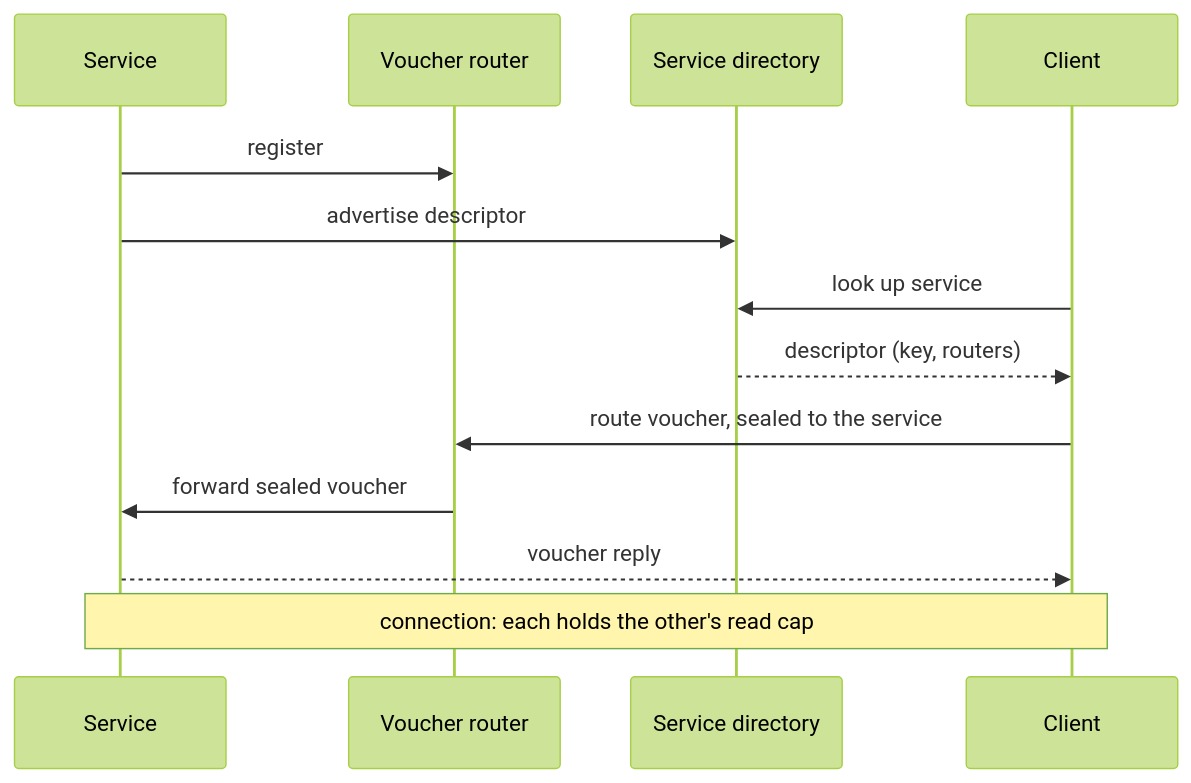
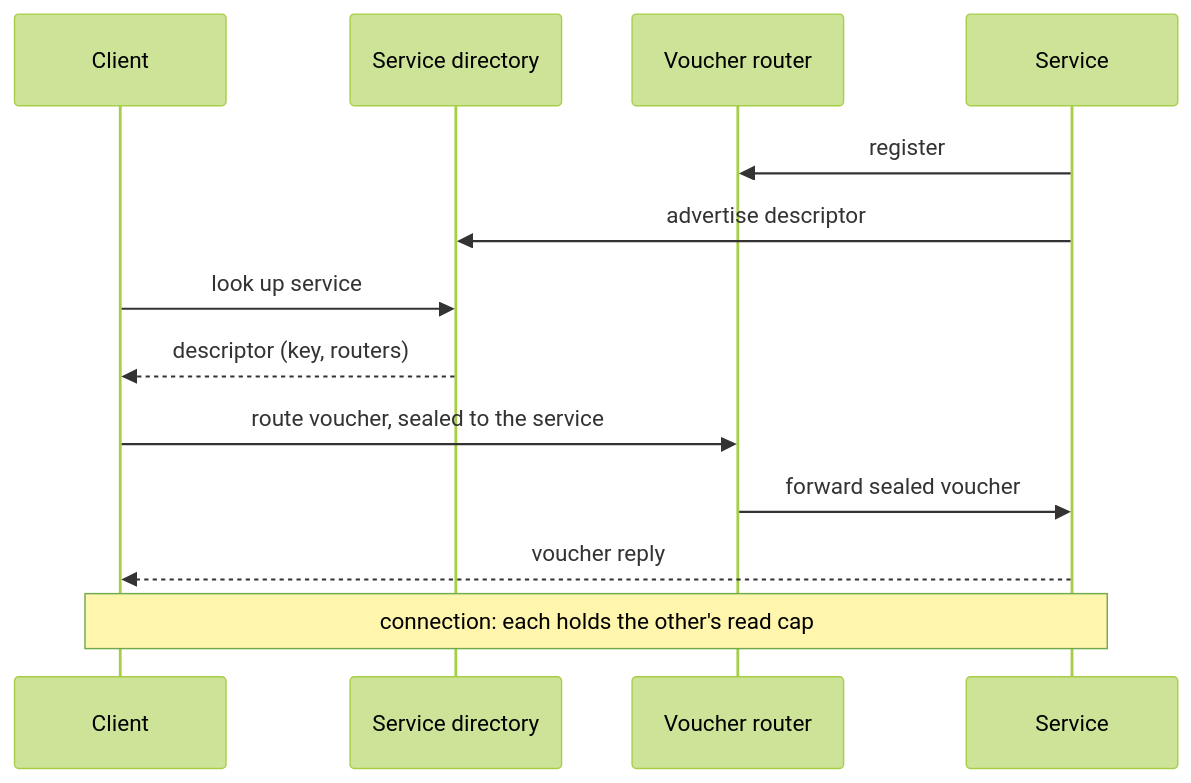
Before and after one commit to katzenpost/pigeonhole: the diagram in docs/services.md, drawn with Mermaid (forest theme).

Commit message:
docs: diagram reads left to right from the client

````diff
--- a/docs/services.md
+++ b/docs/services.md
@@ -17,15 +17,15 @@
 ```mermaid
 sequenceDiagram
+    participant C as Client
+    participant D as Service directory
+    participant R as Voucher router
     participant S as Service
-    participant R as Voucher router
-    participant D as Service directory
-    participant C as Client
     S->>R: register
     S->>D: advertise descriptor
     C->>D: look up service
     D-->>C: descriptor (key, routers)
     C->>R: route voucher, sealed to the service
     R->>S: forward sealed voucher
     S-->>C: voucher reply
-    Note over S,C: connection: each holds the other's read cap
+    Note over C,S: connection: each holds the other's read cap
 ```
````
